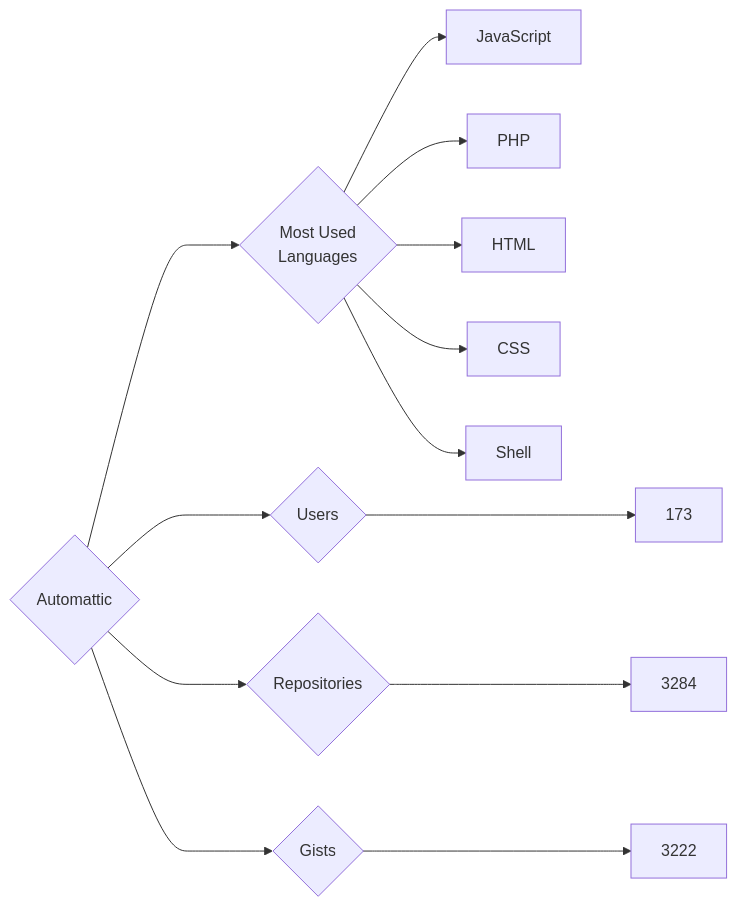
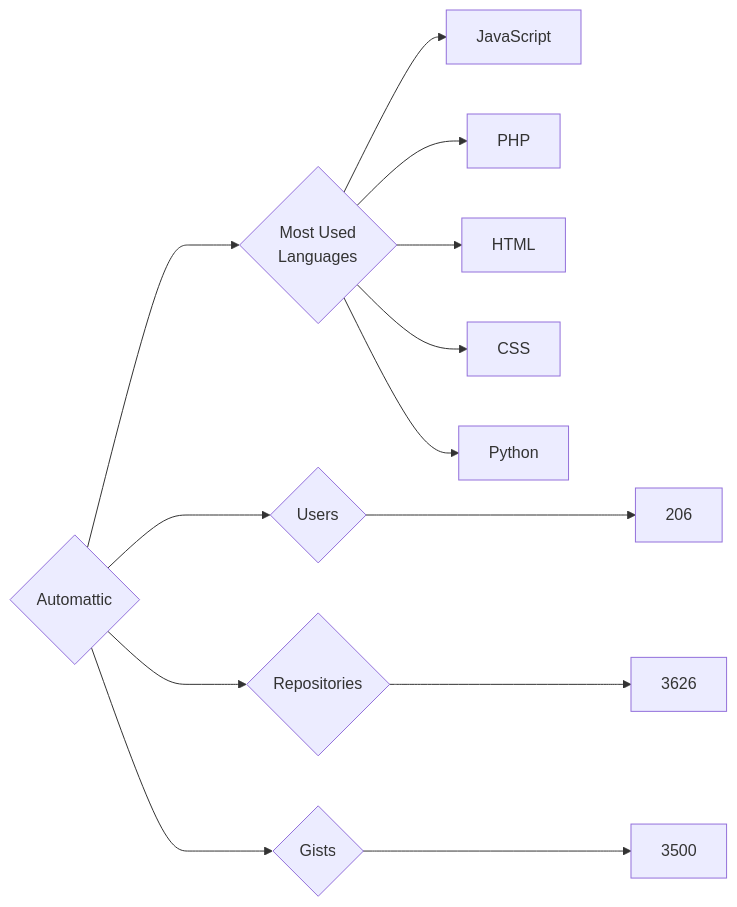
Before and after one commit to trickest/insiders: the diagram in targets/Automattic/README.md, drawn with Mermaid. The commit also changed 633 other files, not shown here.

````diff
--- a/targets/Automattic/README.md
+++ b/targets/Automattic/README.md
@@ -3,13 +3,13 @@
 ```mermaid
 graph LR
 COMPANY_NAME{Automattic}
-COMPANY_NAME ---> U{Users} ---> UN[173]
-COMPANY_NAME ---> R{Repositories} ---> RN[3284]
-COMPANY_NAME ---> G{Gists} ---> GN[3222]
+COMPANY_NAME ---> U{Users} ---> UN[206]
+COMPANY_NAME ---> R{Repositories} ---> RN[3626]
+COMPANY_NAME ---> G{Gists} ---> GN[3500]
 COMPANY_NAME ---> ML{Most Used<br>Languages}
 ML --> JavaScript[JavaScript]
 ML --> PHP[PHP]
 ML --> HTML[HTML]
 ML --> CSS[CSS]
-ML --> Shell[Shell]
+ML --> Python[Python]
 ```
````
